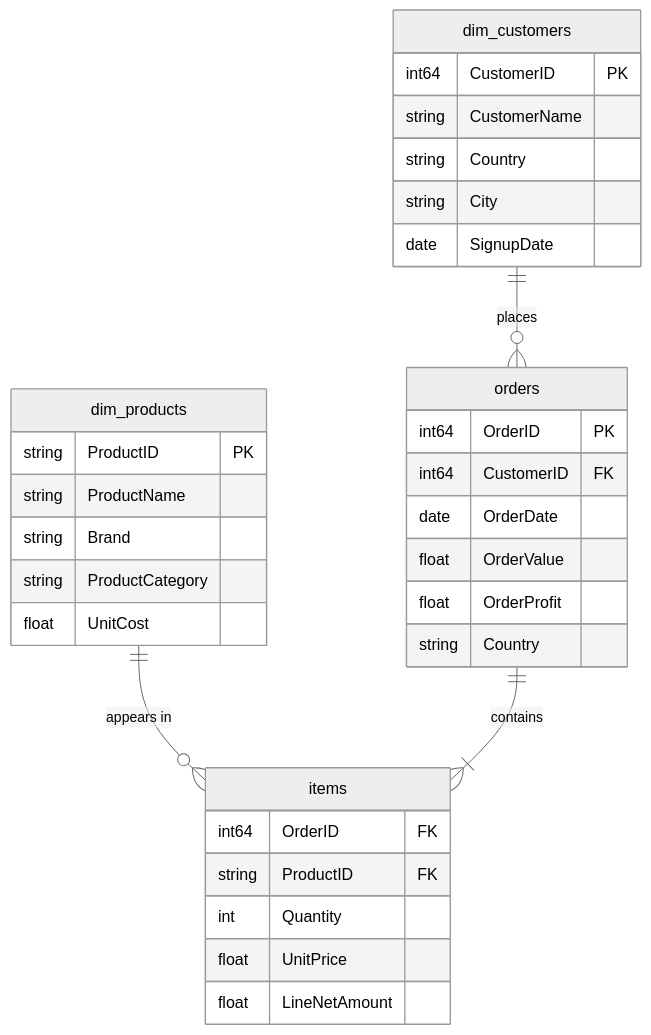
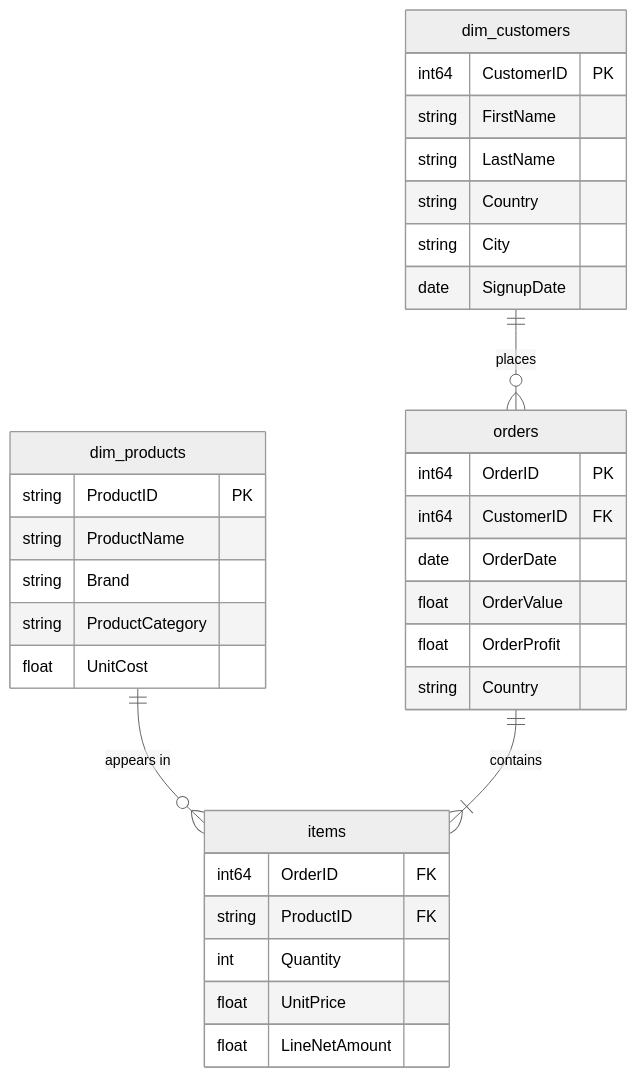
Before and after one commit to ryszard-twardy/rfm-customer-segmentation-kupferkanne: the diagram in docs/data_model.md, drawn with Mermaid (neutral theme). The commit also changed other lines of this file and 2 other files, not shown here.

First line of the commit message:
docs: scrub internal IDs and fix stale schema references (#17)

````diff
--- a/docs/data_model.md
+++ b/docs/data_model.md
@@ -7,36 +7,37 @@
 ```mermaid
 erDiagram
     dim_customers ||--o{ orders : "places"
     dim_products ||--o{ items : "appears in"
     orders ||--|{ items : "contains"
 
     dim_customers {
         int64 CustomerID PK
-        string CustomerName
+        string FirstName
+        string LastName
         string Country
         string City
         date SignupDate
     }
     dim_products {
         string ProductID PK
         string ProductName
         string Brand
         string ProductCategory
         float UnitCost
     }
     orders {
         int64 OrderID PK
         int64 CustomerID FK
         date OrderDate
         float OrderValue
         float OrderProfit
         string Country
     }
     items {
         int64 OrderID FK
         string ProductID FK
         int Quantity
         float UnitPrice
         float LineNetAmount
     }
 ```
````
